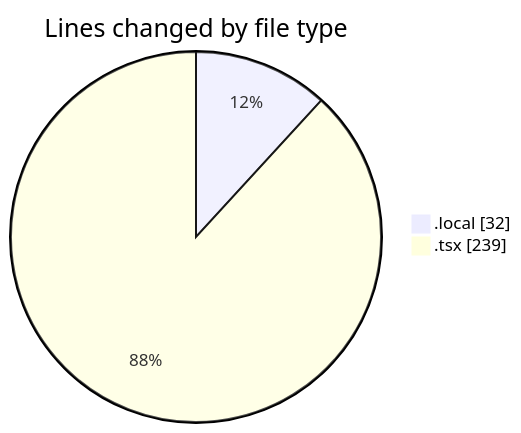
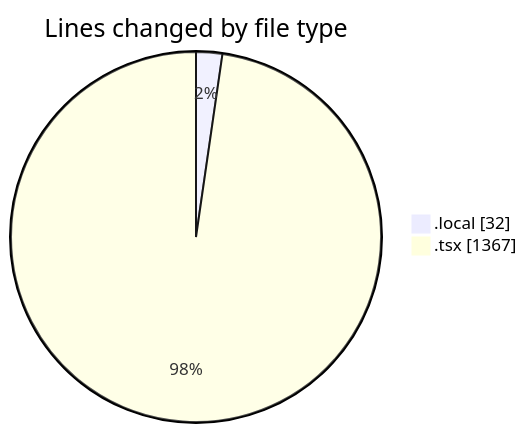
The first of 2 diagrams in 2025-10-13/frontend-cms/README.md (julien-gomy/code-tracking), drawn with Mermaid before and after one commit. The commit also changed other lines of this file and 1 other file, not shown here.

````diff
--- a/2025-10-13/frontend-cms/README.md
+++ b/2025-10-13/frontend-cms/README.md
@@ -21,6 +22,6 @@
 ```mermaid
 pie showData
 title Lines changed by file type
 ".local" : 32
-".tsx" : 239
+".tsx" : 1367
 ```
````
